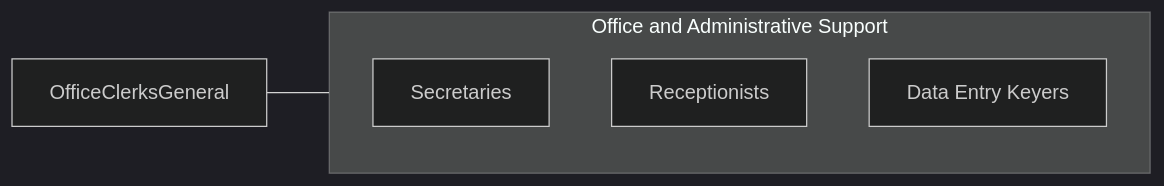
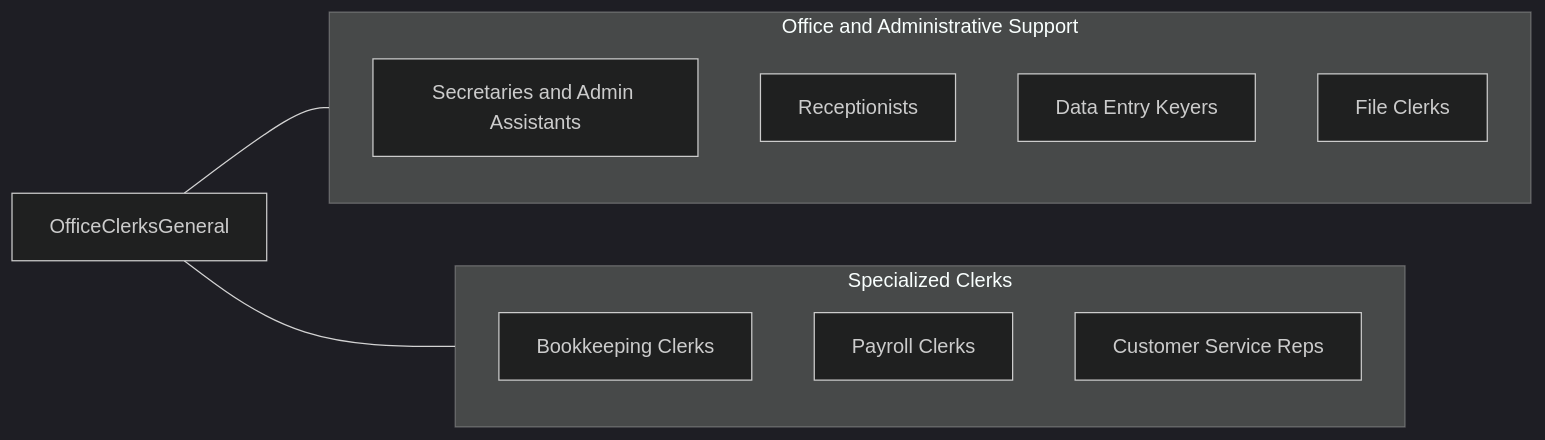
One commit to kziemski/business.org.ai changed the fourth of 4 diagrams in occupations/Administrative/OfficeClerksGeneral.mdx. Above: the diagram before and after it, drawn with Mermaid (dark theme). The commit also changed other lines of this file and 19 other files, not shown here.

````diff
--- a/occupations/Administrative/OfficeClerksGeneral.mdx
+++ b/occupations/Administrative/OfficeClerksGeneral.mdx
@@ -99,10 +230,20 @@
 ```mermaid
 graph LR
     Current["OfficeClerksGeneral"]
+
     subgraph SameCategory["Office and Administrative Support"]
-        RSecretaries["Secretaries"]
-        RReceptionists["Receptionists"]
-        RDataEntryKeyers["Data Entry Keyers"]
+        Secretaries["Secretaries and Admin Assistants"]
+        Receptionists["Receptionists"]
+        DataEntryKeyers["Data Entry Keyers"]
+        FileClerks["File Clerks"]
     end
+
+    subgraph CrossFunctional["Specialized Clerks"]
+        BookkeepingClerks["Bookkeeping Clerks"]
+        PayrollClerks["Payroll Clerks"]
+        CustomerServiceReps["Customer Service Reps"]
+    end
+
     Current --- SameCategory
+    Current --- CrossFunctional
 ```
````
